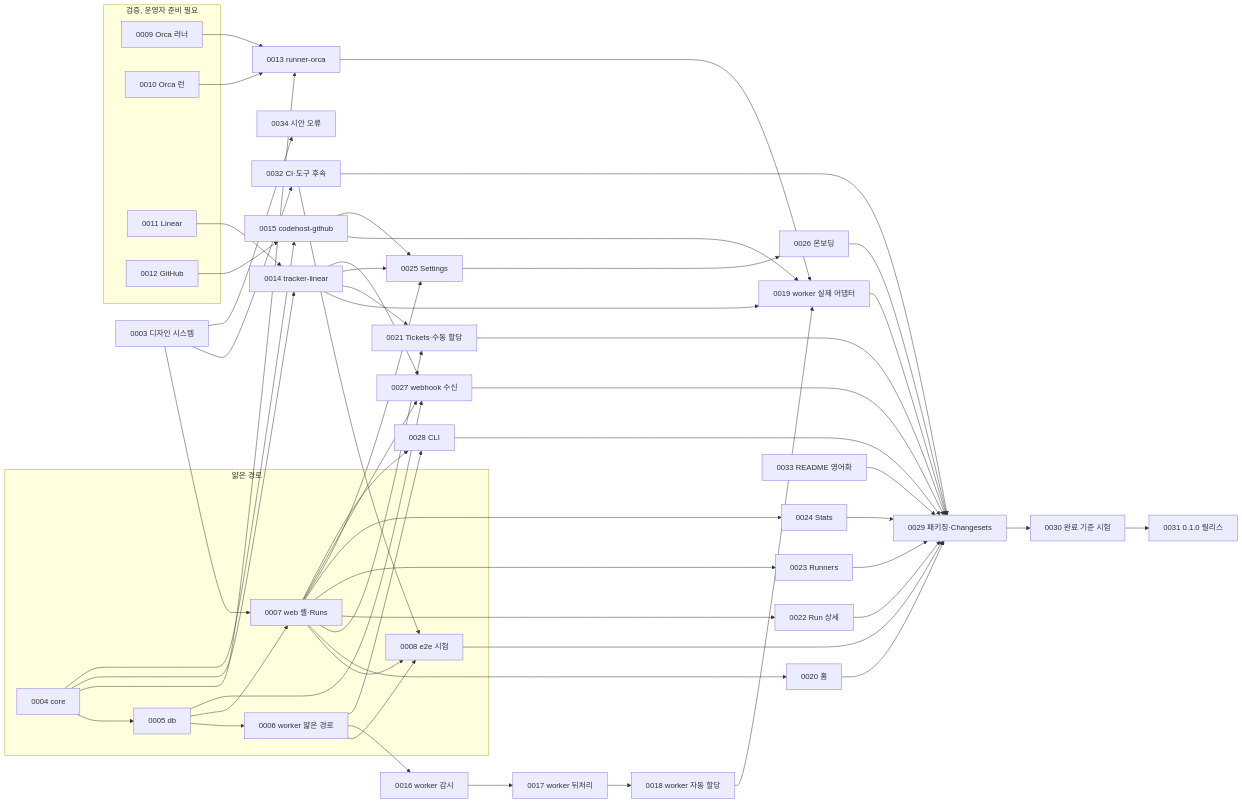
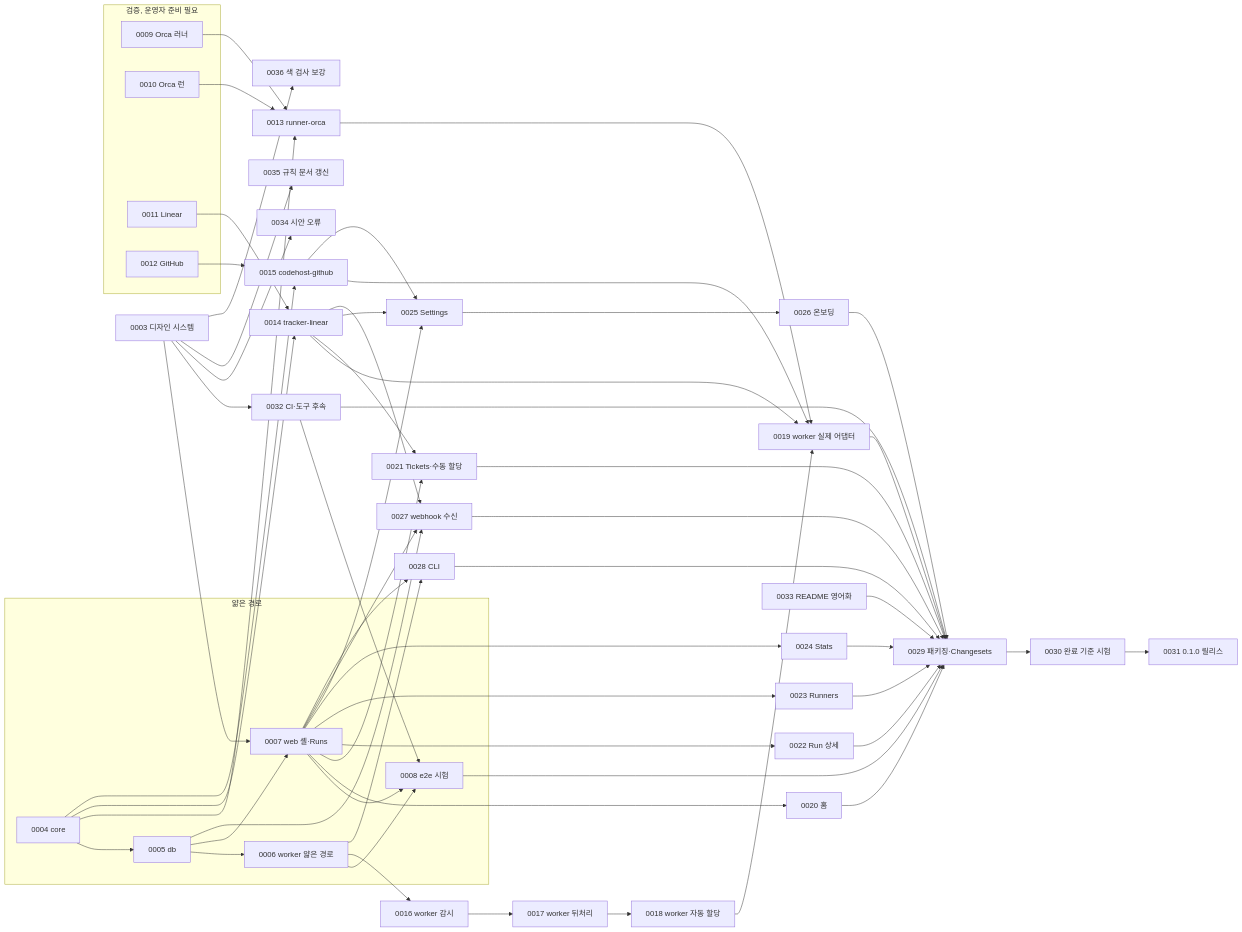
The diagram in docs/tickets/README.md (sht02048/factory-orchestrator), drawn with Mermaid before and after one commit. The commit also changed other lines of this file and 3 other files, not shown here.

````diff
--- a/docs/tickets/README.md
+++ b/docs/tickets/README.md
@@ -13,58 +13,62 @@
 ```mermaid
 graph LR
   T0003[0003 디자인 시스템]
 
   subgraph thin[얇은 경로]
     T0004[0004 core] --> T0005[0005 db]
     T0005 --> T0006[0006 worker 얇은 경로]
     T0005 --> T0007[0007 web 셸·Runs]
     T0006 --> T0008[0008 e2e 시험]
     T0007 --> T0008
   end
   T0003 --> T0007
 
   subgraph verify[검증, 운영자 준비 필요]
     T0009[0009 Orca 러너]
     T0010[0010 Orca 런]
     T0011[0011 Linear]
     T0012[0012 GitHub]
   end
 
   T0004 --> T0013[0013 runner-orca]
   T0009 --> T0013
   T0010 --> T0013
   T0004 --> T0014[0014 tracker-linear]
   T0011 --> T0014
   T0004 --> T0015[0015 codehost-github]
   T0012 --> T0015
 
   T0006 --> T0016[0016 worker 감시] --> T0017[0017 worker 뒤처리] --> T0018[0018 worker 자동 할당] --> T0019[0019 worker 실제 어댑터]
   T0013 --> T0019
   T0014 --> T0019
   T0015 --> T0019
 
   T0007 --> T0020[0020 홈]
   T0007 --> T0021[0021 Tickets·수동 할당]
   T0014 --> T0021
   T0007 --> T0022[0022 Run 상세]
   T0007 --> T0023[0023 Runners]
   T0007 --> T0024[0024 Stats]
   T0007 --> T0025[0025 Settings]
   T0014 --> T0025
   T0015 --> T0025
   T0025 --> T0026[0026 온보딩]
   T0005 --> T0027[0027 webhook 수신]
   T0007 --> T0027
   T0014 --> T0027
 
   T0006 --> T0028[0028 CLI]
   T0007 --> T0028
 
   T0003 --> T0032[0032 CI·도구 후속]
   T0032 --> T0008
   T0003 --> T0034[0034 시안 오류]
+  T0003 --> T0035
+  T0003 --> T0036
   T0033[0033 README 영어화]
+  T0035[0035 규칙 문서 갱신]
+  T0036[0036 색 검사 보강]
 
   T0008 & T0019 & T0020 & T0021 & T0022 & T0023 & T0024 & T0026 & T0027 & T0028 & T0032 & T0033 --> T0029[0029 패키징·Changesets]
   T0029 --> T0030[0030 완료 기준 시험] --> T0031[0031 0.1.0 릴리스]
 ```
````
